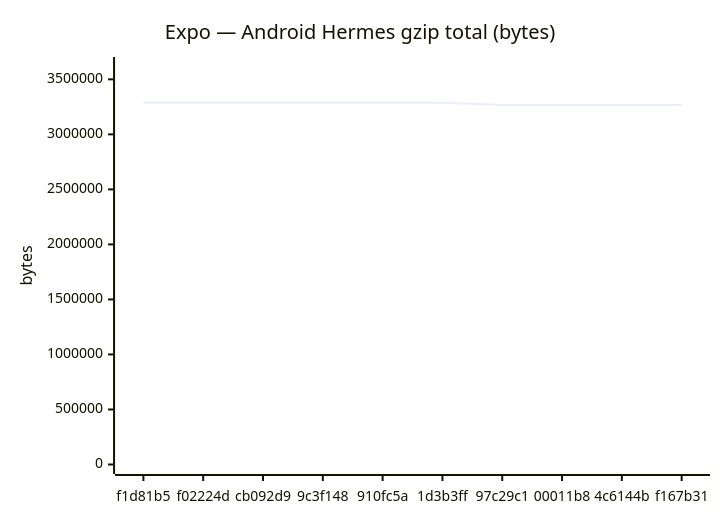
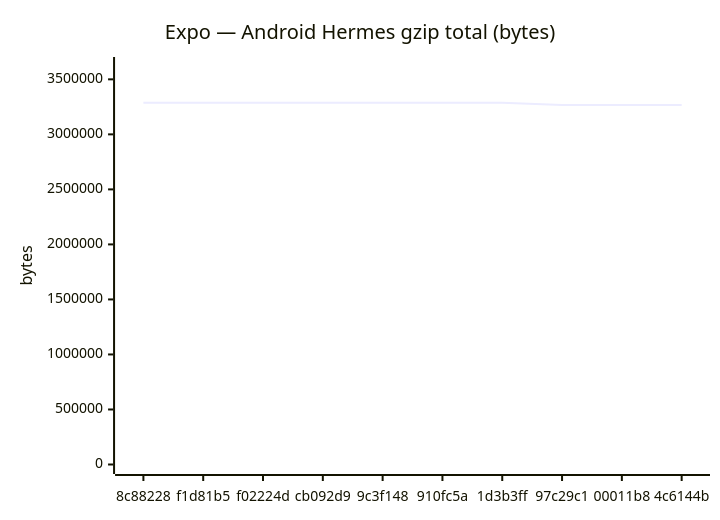
The fifth of 18 diagrams in benchmarks/compare.md (Metaheurist/Rianell), drawn with Mermaid before and after one commit. The commit also changed other lines of this file and 11 other files, not shown here.

````diff
--- a/benchmarks/compare.md
+++ b/benchmarks/compare.md
@@ -89,7 +89,7 @@
 ```mermaid
 xychart-beta
     title "Expo — Android Hermes gzip total (bytes)"
-    x-axis ["f1d81b5", "f02224d", "cb092d9", "9c3f148", "910fc5a", "1d3b3ff", "97c29c1", "00011b8", "4c6144b", "f167b31"]
+    x-axis ["8c88228", "f1d81b5", "f02224d", "cb092d9", "9c3f148", "910fc5a", "1d3b3ff", "97c29c1", "00011b8", "4c6144b"]
     y-axis "bytes" 0 --> 3616656
-    line [3287424, 3287426, 3287424, 3287424, 3287869, 3287424, 3266092, 3266094, 3266092, 3266093]
+    line [3287869, 3287424, 3287426, 3287424, 3287424, 3287869, 3287424, 3266092, 3266094, 3266092]
 ```
````
